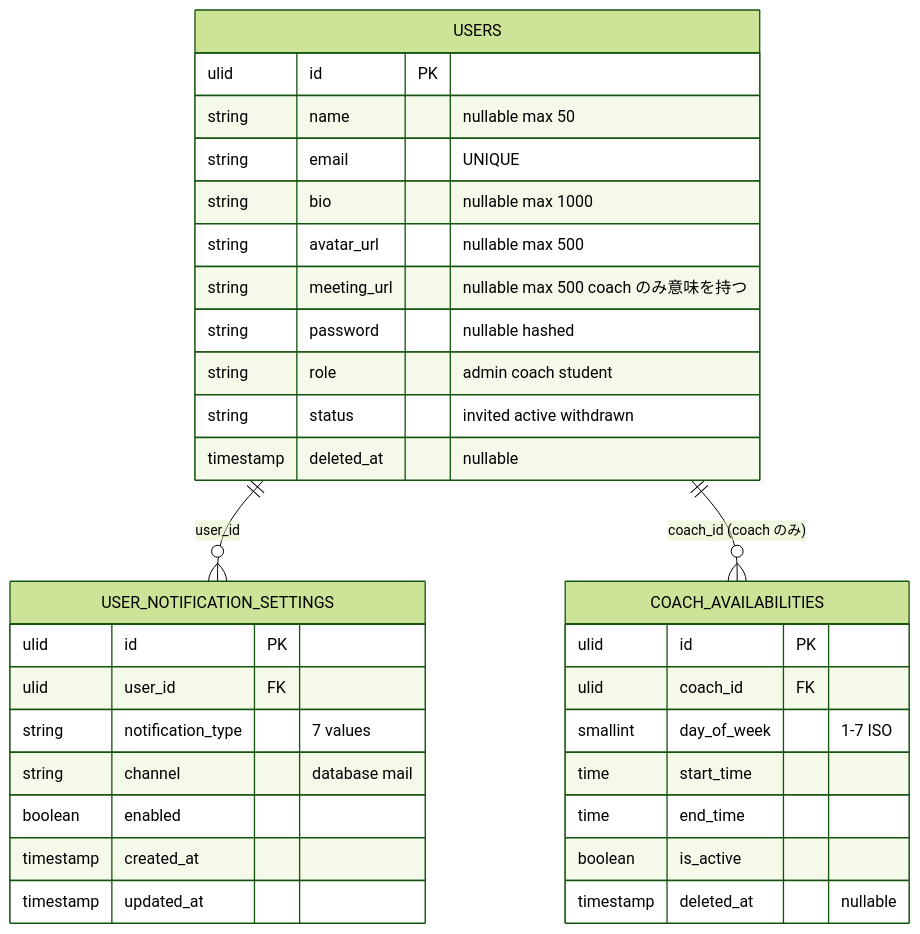
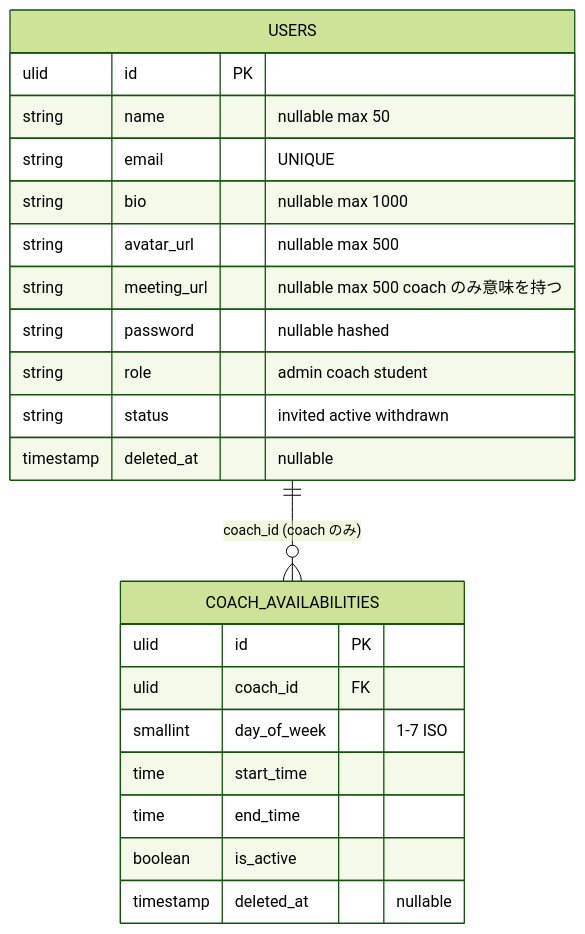
One commit to coachtech-mockcase-second/ExampleAnswer-mockcase-CertifyLMS changed the fifth of 6 diagrams in docs/specs/settings-profile/design.md. Above: the diagram before and after it, drawn with Mermaid (forest theme). The commit also changed other lines of this file and 16 other files, not shown here.

````diff
--- a/docs/specs/settings-profile/design.md
+++ b/docs/specs/settings-profile/design.md
@@ -148,35 +128,25 @@
 ```mermaid
 erDiagram
-    USERS ||--o{ USER_NOTIFICATION_SETTINGS : "user_id"
     USERS ||--o{ COACH_AVAILABILITIES : "coach_id (coach のみ)"
     USERS {
         ulid id PK
         string name "nullable max 50"
         string email "UNIQUE"
         string bio "nullable max 1000"
         string avatar_url "nullable max 500"
         string meeting_url "nullable max 500 coach のみ意味を持つ"
         string password "nullable hashed"
         string role "admin coach student"
         string status "invited active withdrawn"
         timestamp deleted_at "nullable"
     }
-    USER_NOTIFICATION_SETTINGS {
-        ulid id PK
-        ulid user_id FK
-        string notification_type "7 values"
-        string channel "database mail"
-        boolean enabled
-        timestamp created_at
-        timestamp updated_at
-    }
     COACH_AVAILABILITIES {
         ulid id PK
         ulid coach_id FK
         smallint day_of_week "1-7 ISO"
         time start_time
         time end_time
         boolean is_active
         timestamp deleted_at "nullable"
     }
 ```
````
